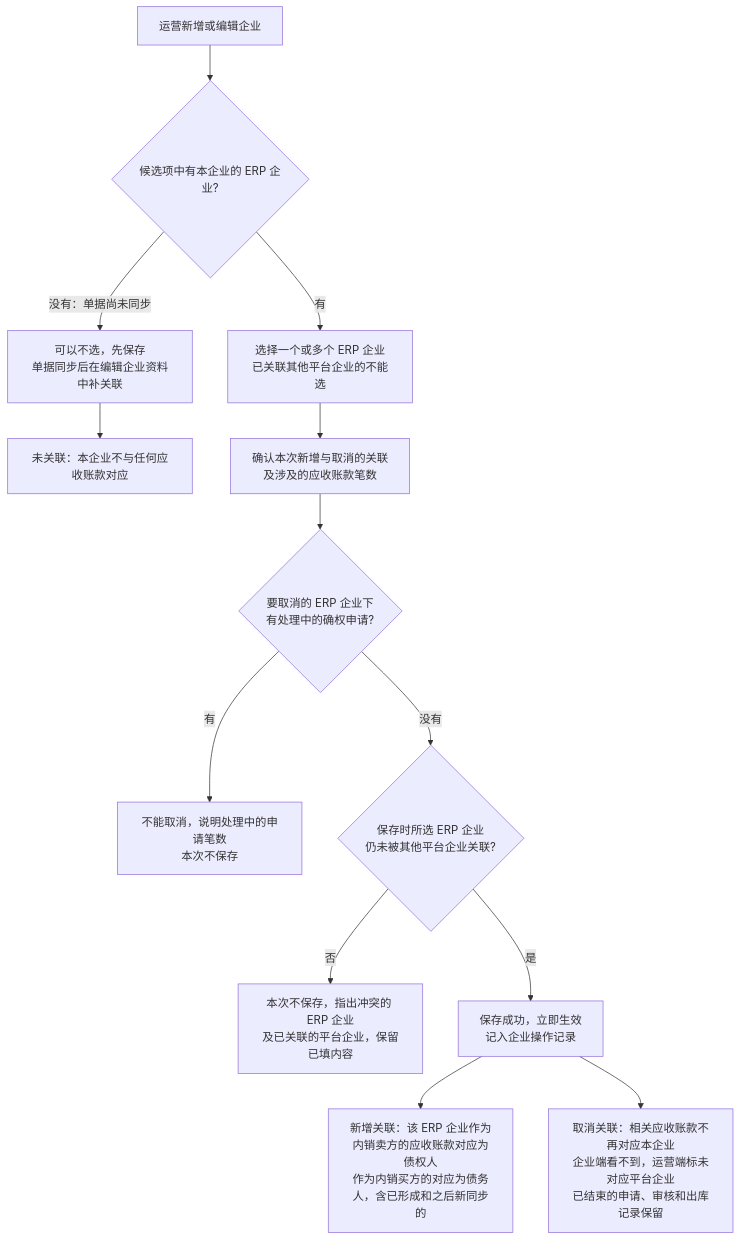
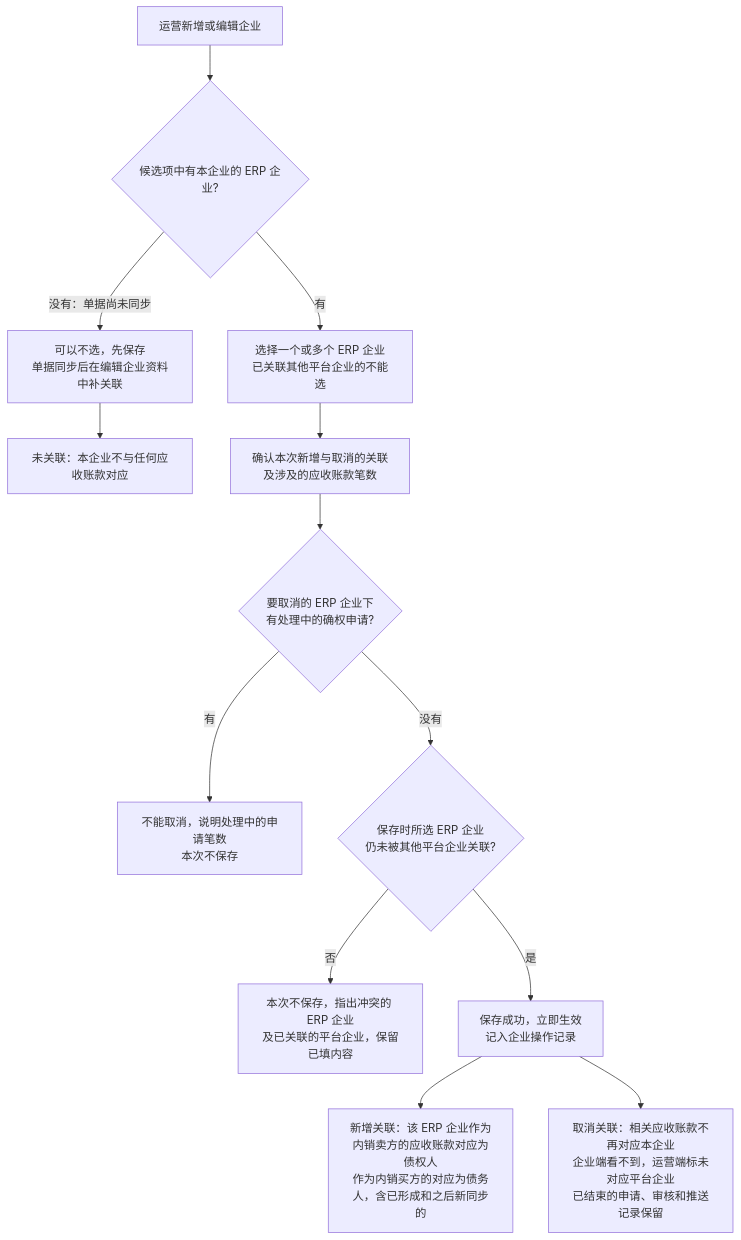
One commit to wxblockchain/Chain-Financing changed the sixth of 8 diagrams in asset-trust-platform/PRD/运营端/M2-运营登录与企业管理/02-运营登录与企业管理-流程图与状态机.md. Above: the diagram before and after it, drawn with Mermaid. The commit also changed 31 other files, not shown here.

````diff
--- a/asset-trust-platform/PRD/运营端/M2-运营登录与企业管理/02-运营登录与企业管理-流程图与状态机.md
+++ b/asset-trust-platform/PRD/运营端/M2-运营登录与企业管理/02-运营登录与企业管理-流程图与状态机.md
@@ -155,15 +155,15 @@
 ```mermaid
 flowchart TD
     A[运营新增或编辑企业] --> B{候选项中有本企业的 ERP 企业?}
     B -->|没有：单据尚未同步| C[可以不选，先保存<br/>单据同步后在编辑企业资料中补关联]
     C --> D[未关联：本企业不与任何应收账款对应]
     B -->|有| E[选择一个或多个 ERP 企业<br/>已关联其他平台企业的不能选]
     E --> F[确认本次新增与取消的关联<br/>及涉及的应收账款笔数]
     F --> G{要取消的 ERP 企业下<br/>有处理中的确权申请?}
     G -->|有| H[不能取消，说明处理中的申请笔数<br/>本次不保存]
     G -->|没有| I{保存时所选 ERP 企业<br/>仍未被其他平台企业关联?}
     I -->|否| J[本次不保存，指出冲突的 ERP 企业<br/>及已关联的平台企业，保留已填内容]
     I -->|是| K[保存成功，立即生效<br/>记入企业操作记录]
     K --> L[新增关联：该 ERP 企业作为内销卖方的应收账款对应为债权人<br/>作为内销买方的对应为债务人，含已形成和之后新同步的]
-    K --> M[取消关联：相关应收账款不再对应本企业<br/>企业端看不到，运营端标未对应平台企业<br/>已结束的申请、审核和出库记录保留]
+    K --> M[取消关联：相关应收账款不再对应本企业<br/>企业端看不到，运营端标未对应平台企业<br/>已结束的申请、审核和推送记录保留]
 ```
````
